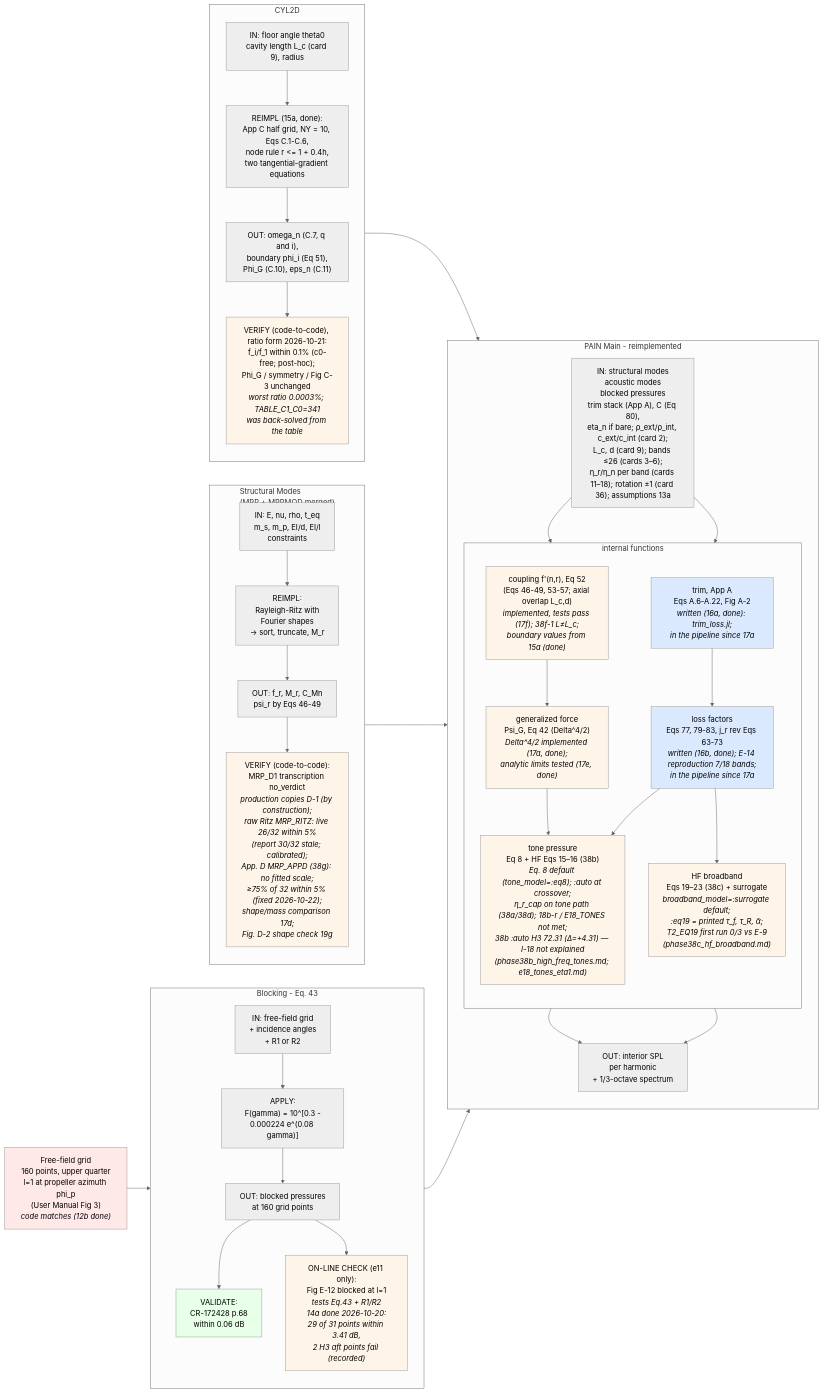
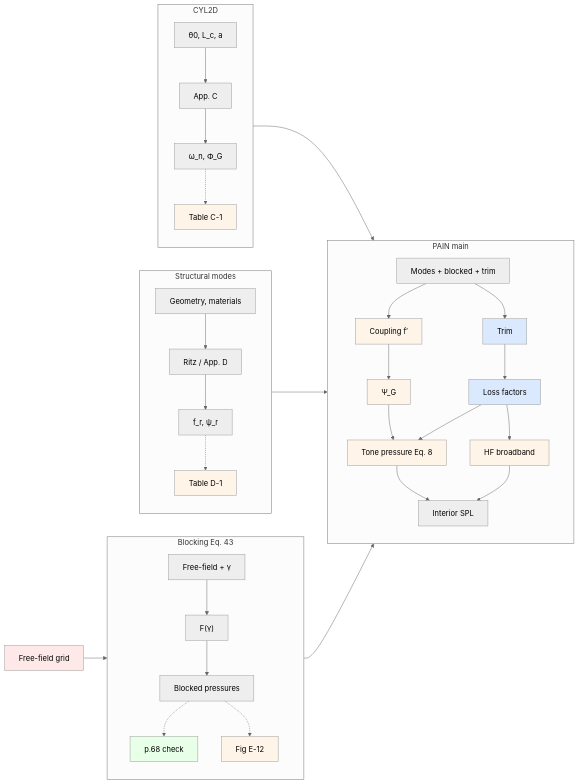
The fourth of 5 diagrams in rea-work/docs/flowchart.md (hoangf1/PAIN), drawn with Mermaid (neutral theme) before and after one commit. The commit also changed other lines of this file and 48 other files, not shown here.

Commit message:
Total validation flowchart (one horizontal map, stage groups with input/function/output blocks); shorter flowchart.md

````diff
--- a/rea-work/docs/flowchart.md
+++ b/rea-work/docs/flowchart.md
@@ -156,70 +218,70 @@
 ```mermaid
 flowchart LR
-    GRID["Free-field grid<br/>160 points, upper quarter<br/>l=1 at propeller azimuth phi_p<br/>(User Manual Fig 3)<br/><i>code matches (12b done)</i>"]
+  GRID["Free-field grid"]
 
-    subgraph BLK["Blocking - Eq. 43"]
-        direction TB
-        B_IN["IN: free-field grid<br/>+ incidence angles<br/>+ R1 or R2"]
-        B_FUNC["APPLY:<br/>F(gamma) = 10^[0.3 -<br/>0.000224 e^(0.08 gamma)]"]
-        B_OUT["OUT: blocked pressures<br/>at 160 grid points"]
-        B_VAL["VALIDATE:<br/>CR-172428 p.68<br/>within 0.06 dB"]
-        B_VAL2["ON-LINE CHECK (e11 only):<br/>Fig E-12 blocked at l=1<br/><i>tests Eq.43 + R1/R2<br/>14a done 2026-10-20:<br/>29 of 31 points within 3.41 dB,<br/>2 H3 aft points fail (recorded)</i>"]
-        B_IN --> B_FUNC --> B_OUT --> B_VAL
-        B_OUT --> B_VAL2
-    end
+  subgraph BLK["Blocking Eq. 43"]
+    direction TB
+    B_IN["Free-field + γ"]
+    B_FUNC["F(γ)"]
+    B_OUT["Blocked pressures"]
+    B_VAL["p.68 check"]
+    B_VAL2["Fig E-12"]
+    B_IN --> B_FUNC --> B_OUT
+    B_OUT -.-> B_VAL
+    B_OUT -.-> B_VAL2
+  end
 
-    subgraph MRP["Structural Modes<br/>(MRP + MRPMOD merged)"]
-        direction TB
-        M_IN["IN: E, nu, rho, t_eq<br/>m_s, m_p, EI/d, EI/l<br/>constraints"]
-        M_FUNC["REIMPL:<br/>Rayleigh-Ritz with<br/>Fourier shapes<br/>-> sort, truncate, M_r"]
-        M_OUT["OUT: f_r, M_r, C_Mn<br/>psi_r by Eqs 46-49"]
-        M_VAL["VERIFY (code-to-code):<br/>MRP_D1 transcription no_verdict<br/><i>production copies D-1 (by construction);<br/>raw Ritz MRP_RITZ: live 26/32 within 5%<br/>(report 30/32 stale; calibrated);<br/>App. D MRP_APPD (38g): no fitted scale;<br/>≥75% of 32 within 5% (fixed 2026-10-22);<br/>shape/mass comparison 17d;<br/>Fig. D-2 shape check 19g</i>"]
-        M_IN --> M_FUNC --> M_OUT --> M_VAL
-    end
+  subgraph MRP["Structural modes"]
+    direction TB
+    M_IN["Geometry, materials"]
+    M_FUNC["Ritz / App. D"]
+    M_OUT["f_r, ψ_r"]
+    M_VAL["Table D-1"]
+    M_IN --> M_FUNC --> M_OUT
+    M_OUT -.-> M_VAL
+  end
 
-    subgraph CYL["CYL2D"]
-        direction TB
-        C_IN["IN: floor angle theta0<br/>cavity length L_c (card 9), radius"]
-        C_FUNC["REIMPL (15a, done):<br/>App C half grid, NY = 10, Eqs C.1-C.6,<br/>node rule r &lt;= 1 + 0.4h,<br/>two tangential-gradient equations"]
-        C_OUT["OUT: omega_n (C.7, q and i),<br/>boundary phi_i (Eq 51),<br/>Phi_G (C.10), eps_n (C.11)"]
-        C_VAL["VERIFY (code-to-code), ratio form 2026-10-21:<br/>f_i/f_1 within 0.1% (c0-free; post-hoc);<br/>Phi_G / symmetry / Fig C-3 unchanged<br/><i>worst ratio 0.0003%; TABLE_C1_C0=341<br/>was back-solved from the table</i>"]
-        C_IN --> C_FUNC --> C_OUT --> C_VAL
-    end
+  subgraph CYL["CYL2D"]
+    direction TB
+    C_IN["θ0, L_c, a"]
+    C_FUNC["App. C"]
+    C_OUT["ω_n, Φ_G"]
+    C_VAL["Table C-1"]
+    C_IN --> C_FUNC --> C_OUT
+    C_OUT -.-> C_VAL
+  end
 
-    subgraph PAIN["PAIN Main - reimplemented"]
-        direction TB
-        P_IN["IN: structural modes<br/>acoustic modes<br/>blocked pressures<br/>trim stack (App A), C (Eq 80),<br/>eta_n if bare; ρ_ext/ρ_int, c_ext/c_int (card 2);<br/>L_c, d (card 9); bands ≤26 (cards 3–6);<br/>η_r/η_n per band (cards 11–18); rotation ±1 (card 36); assumptions 13a"]
-        subgraph FUNC["internal functions"]
-            direction TB
-            F2["coupling f'(n,r), Eq 52<br/>(Eqs 46-49, 53-57; axial overlap L_c,d)<br/><i>implemented, tests pass (17f); 38f-1 L≠L_c;<br/>boundary values from 15a (done)</i>"]
-            F3["generalized force<br/>Psi_G, Eq 42 (Delta^4/2)<br/><i>Delta^4/2 implemented (17a, done);<br/>analytic limits tested (17e, done)</i>"]
-            F4["trim, App A<br/>Eqs A.6-A.22, Fig A-2<br/><i>written (16a, done): trim_loss.jl;<br/>in the pipeline since 17a</i>"]
-            F5["loss factors<br/>Eqs 77, 79-83, j_r rev Eqs 63-73<br/><i>written (16b, done); E-14 reproduction 7/18 bands;<br/>in the pipeline since 17a</i>"]
-            F6["tone pressure<br/>Eq 8 + HF Eqs 15–16 (38b)<br/><i>Eq. 8 default (tone_model=:eq8); :auto at crossover;<br/>η_r_cap on tone path (38a/38d); 18b-r / E18_TONES not met;<br/>38b :auto H3 72.31 (Δ=+4.31) — I-18 not explained<br/>(phase38b_high_freq_tones.md; e18_tones_eta1.md)</i>"]
-            F7["HF broadband<br/>Eqs 19–23 (38c) + surrogate<br/><i>broadband_model=:surrogate default;<br/>:eq19 = printed τ_f, τ_R, ᾱ;<br/>T2_EQ19 first run 0/3 vs E-9<br/>(phase38c_hf_broadband.md)</i>"]
-        end
-        P_OUT["OUT: interior SPL<br/>per harmonic<br/>+ 1/3-octave spectrum"]
-        P_IN --> F2 --> F3 --> F6
-        P_IN --> F4 --> F5 --> F6
-        F5 --> F7
-        F6 --> P_OUT
-        F7 --> P_OUT
-    end
+  subgraph PAIN["PAIN main"]
+    direction TB
+    P_IN["Modes + blocked + trim"]
+    F2["Coupling f′"]
+    F3["Ψ_G"]
+    F4["Trim"]
+    F5["Loss factors"]
+    F6["Tone pressure Eq. 8"]
+    F7["HF broadband"]
+    P_OUT["Interior SPL"]
+    P_IN --> F2 --> F3 --> F6
+    P_IN --> F4 --> F5 --> F6
+    F5 --> F7
+    F6 --> P_OUT
+    F7 --> P_OUT
+  end
 
-    GRID --> B_IN
-    B_VAL --> P_IN
-    C_VAL --> P_IN
-    M_VAL --> P_IN
+  GRID --> B_IN
+  B_OUT --> P_IN
+  M_OUT --> P_IN
+  C_OUT --> P_IN
 
-    style F2 fill:#fff4e8
-    style F3 fill:#fff4e8
-    style F4 fill:#dbe9ff
-    style F5 fill:#dbe9ff
-    style F6 fill:#fff4e8
-    style F7 fill:#fff4e8
-    style B_VAL fill:#e8ffe8
-    style B_VAL2 fill:#fff4e8
-    style C_VAL fill:#fff4e8
-    style M_VAL fill:#fff4e8
-    style GRID fill:#ffe8e8
+  style F2 fill:#fff4e8
+  style F3 fill:#fff4e8
+  style F4 fill:#dbe9ff
+  style F5 fill:#dbe9ff
+  style F6 fill:#fff4e8
+  style F7 fill:#fff4e8
+  style B_VAL fill:#e8ffe8
+  style B_VAL2 fill:#fff4e8
+  style C_VAL fill:#fff4e8
+  style M_VAL fill:#fff4e8
+  style GRID fill:#ffe8e8
 ```
````
